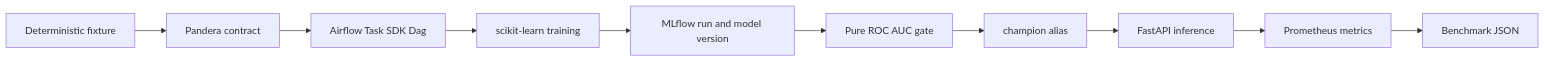
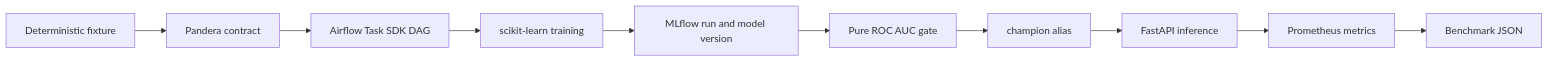
One commit to Brilhante29/mlops-end2end changed the diagram in README.md. Above: the diagram before and after it, drawn with Mermaid. The commit also changed other lines of this file and 1 other file, not shown here.

````diff
--- a/README.md
+++ b/README.md
@@ -57,12 +57,12 @@
 ```mermaid
 flowchart LR
   A["Deterministic fixture"] --> B["Pandera contract"]
-  B --> C["Airflow Task SDK Dag"]
+  B --> C["Airflow Task SDK DAG"]
   C --> D["scikit-learn training"]
   D --> E["MLflow run and model version"]
   E --> F["Pure ROC AUC gate"]
   F --> G["champion alias"]
   G --> H["FastAPI inference"]
   H --> I["Prometheus metrics"]
   I --> J["Benchmark JSON"]
 ```
````
